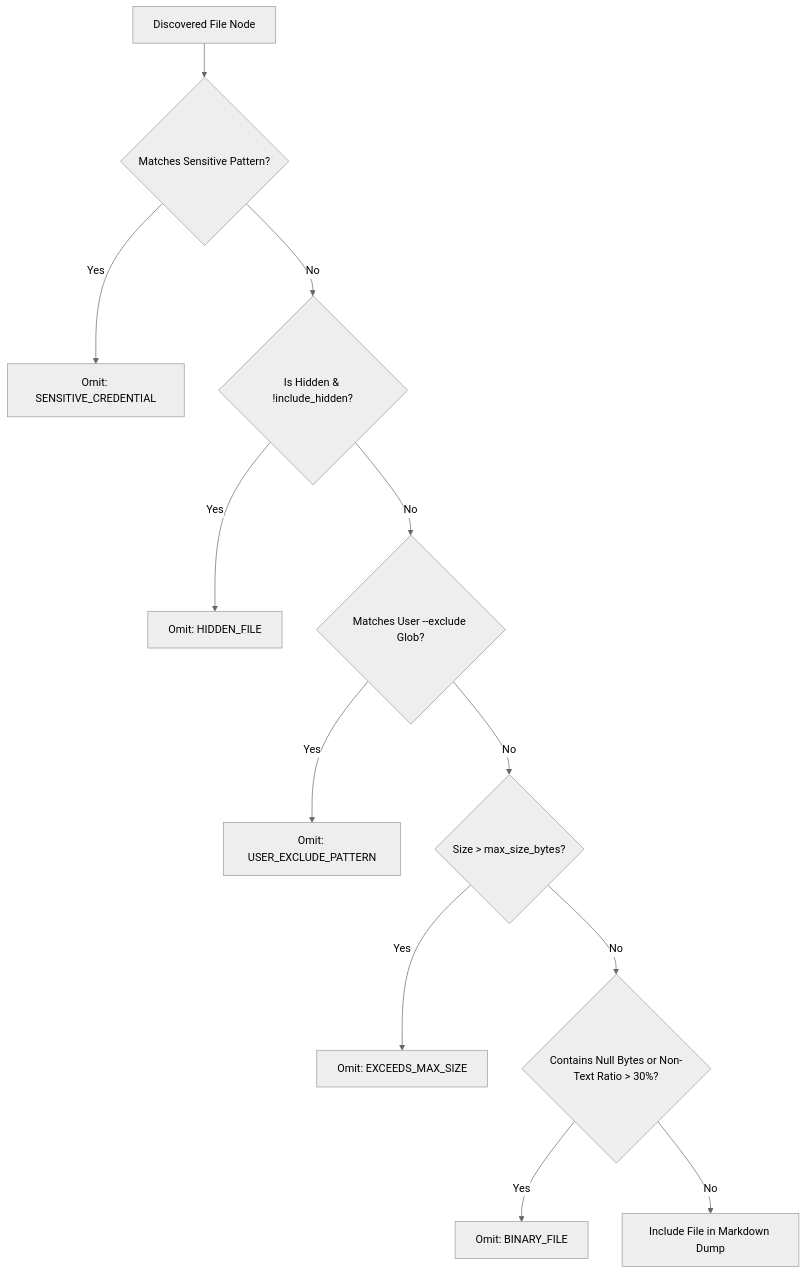
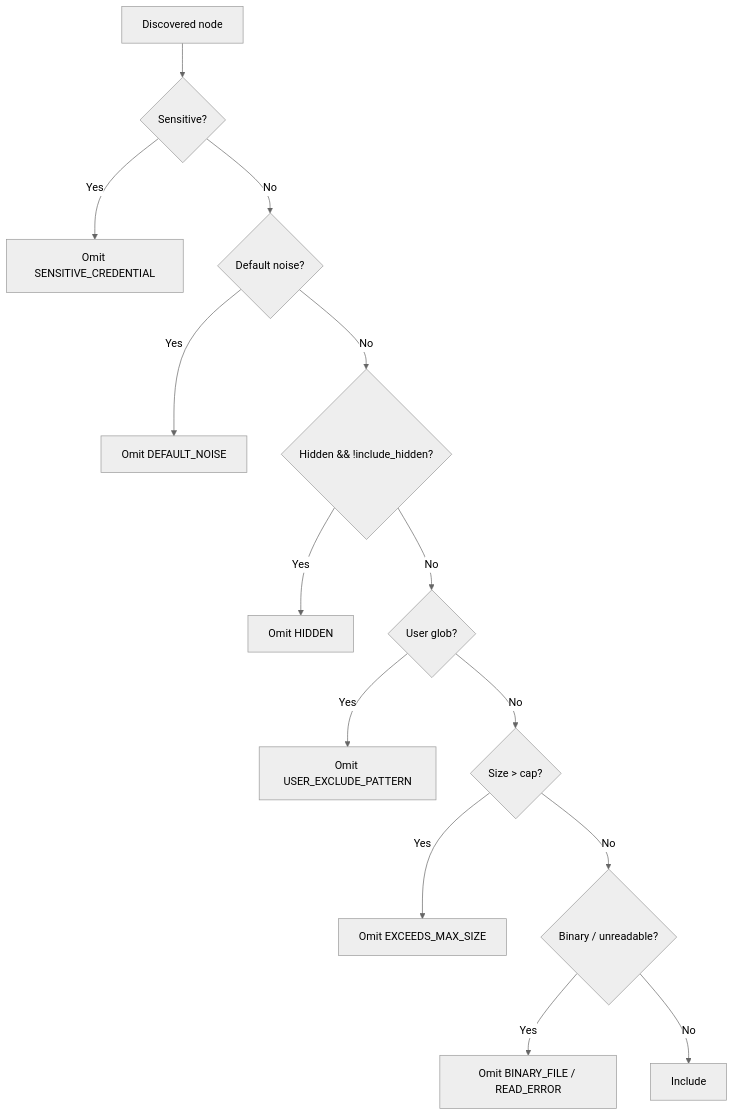
The second of 2 diagrams in docs/DRD.md (farhadakhtar/code_dumper), drawn with Mermaid (neutral theme) before and after one commit. The commit also changed other lines of this file and 1 other file, not shown here.

````diff
--- a/docs/DRD.md
+++ b/docs/DRD.md
@@ -168,14 +219,16 @@
 ```mermaid
 flowchart TD
-    FileNode[Discovered File Node] --> SecretCheck{Matches Sensitive Pattern?}
-    SecretCheck -->|Yes| OmitSecret[Omit: SENSITIVE_CREDENTIAL]
-    SecretCheck -->|No| HiddenCheck{Is Hidden & !include_hidden?}
-    HiddenCheck -->|Yes| OmitHidden[Omit: HIDDEN_FILE]
-    HiddenCheck -->|No| UserGlob{Matches User --exclude Glob?}
-    UserGlob -->|Yes| OmitGlob[Omit: USER_EXCLUDE_PATTERN]
-    UserGlob -->|No| SizeCheck{Size > max_size_bytes?}
-    SizeCheck -->|Yes| OmitSize[Omit: EXCEEDS_MAX_SIZE]
-    SizeCheck -->|No| BinaryCheck{Contains Null Bytes or Non-Text Ratio > 30%?}
-    BinaryCheck -->|Yes| OmitBinary[Omit: BINARY_FILE]
-    BinaryCheck -->|No| Include[Include File in Markdown Dump]
+    F[Discovered node] --> S{Sensitive?}
+    S -->|Yes| O1[Omit SENSITIVE_CREDENTIAL]
+    S -->|No| N{Default noise?}
+    N -->|Yes| O2[Omit DEFAULT_NOISE]
+    N -->|No| H{Hidden && !include_hidden?}
+    H -->|Yes| O3[Omit HIDDEN]
+    H -->|No| G{User glob?}
+    G -->|Yes| O4[Omit USER_EXCLUDE_PATTERN]
+    G -->|No| Z{Size > cap?}
+    Z -->|Yes| O5[Omit EXCEEDS_MAX_SIZE]
+    Z -->|No| B{Binary / unreadable?}
+    B -->|Yes| O6[Omit BINARY_FILE / READ_ERROR]
+    B -->|No| I[Include]
 ```
````
